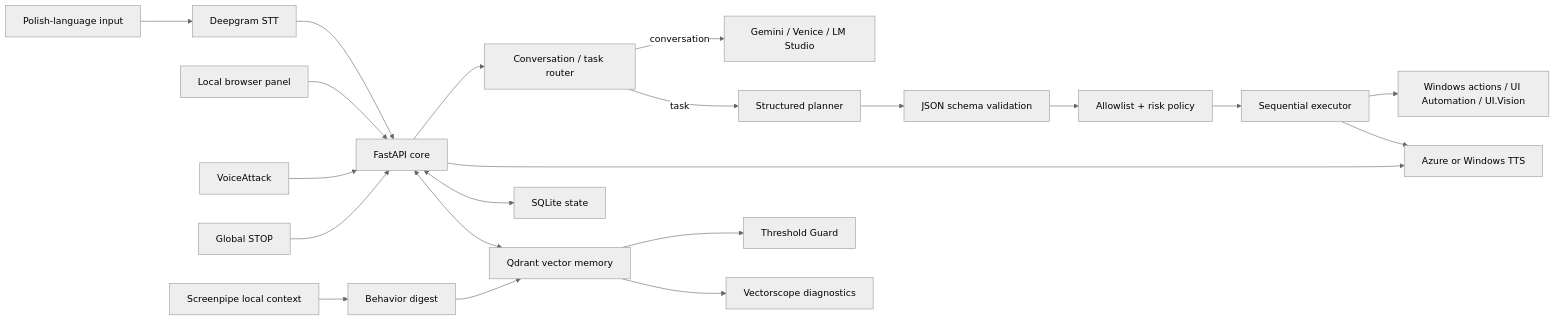
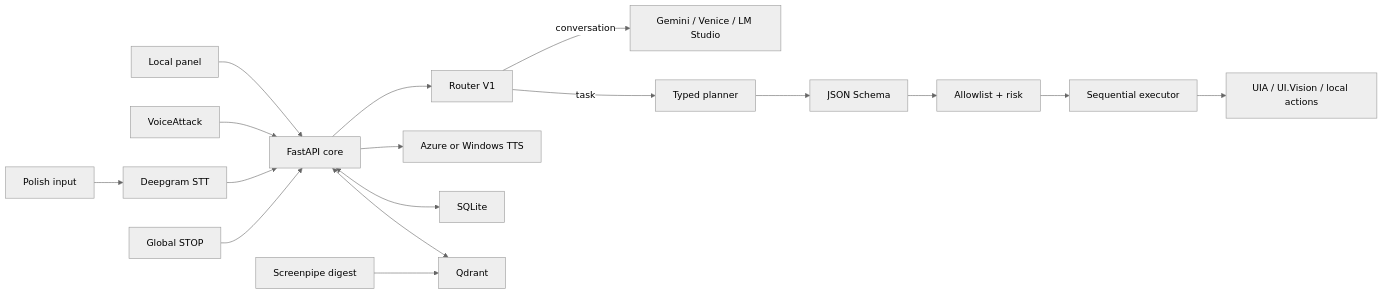
The diagram in README.md (marcinromanowskilublin/VoiceLoop), drawn with Mermaid (neutral theme) before and after one commit. The commit also changed other lines of this file and 11 other files, not shown here.

````diff
--- a/README.md
+++ b/README.md
@@ -80,26 +43,22 @@
 ```mermaid
 flowchart LR
-    Voice["Polish-language input"] --> STT["Deepgram STT"]
-    Panel["Local browser panel"] --> Core["FastAPI core"]
+    Voice["Polish input"] --> STT["Deepgram STT"]
+    Panel["Local panel"] --> Core["FastAPI core"]
     VA["VoiceAttack"] --> Core
     STT --> Core
 
-    Core --> Router["Conversation / task router"]
+    Core --> Router["Router V1"]
     Router -->|"conversation"| LLM["Gemini / Venice / LM Studio"]
-    Router -->|"task"| Planner["Structured planner"]
-    Planner --> Schema["JSON schema validation"]
-    Schema --> Policy["Allowlist + risk policy"]
+    Router -->|"task"| Planner["Typed planner"]
+    Planner --> Schema["JSON Schema"]
+    Schema --> Policy["Allowlist + risk"]
     Policy --> Executor["Sequential executor"]
-    Executor --> Windows["Windows actions / UI Automation / UI.Vision"]
+    Executor --> Windows["UIA / UI.Vision / local actions"]
 
     Core --> TTS["Azure or Windows TTS"]
-    Executor --> TTS
     Stop["Global STOP"] --> Core
 
-    Core <--> SQLite["SQLite state"]
-    Core <--> Qdrant["Qdrant vector memory"]
-    Screenpipe["Screenpipe local context"] --> Digest["Behavior digest"]
-    Digest --> Qdrant
-    Qdrant --> Guard["Threshold Guard"]
-    Qdrant --> Vectorscope["Vectorscope diagnostics"]
+    Core <--> SQL["SQLite"]
+    Core <--> Qdrant["Qdrant"]
+    Screenpipe["Screenpipe digest"] --> Qdrant
 ```
````
